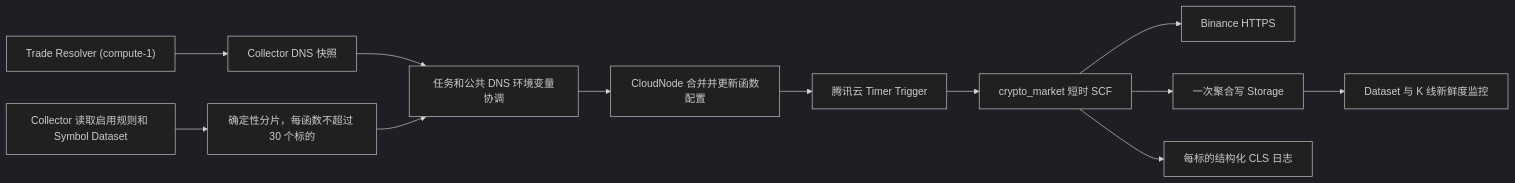
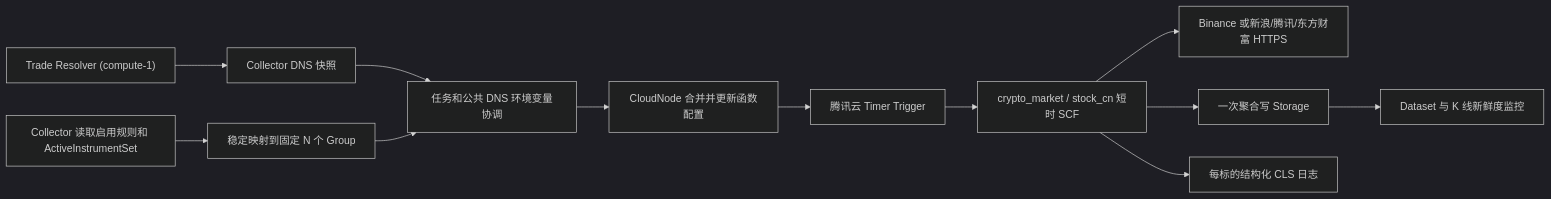
Before and after one commit to mooyang-code/moox: the diagram in docs/architecture/scf-short-lived-market-fetch.md, drawn with Mermaid (dark theme). The commit also changed other lines of this file and 175 other files, not shown here.

First line of the commit message:
feat(collector): add stock_cn multi-provider SCF pipeline

````diff
--- a/docs/architecture/scf-short-lived-market-fetch.md
+++ b/docs/architecture/scf-short-lived-market-fetch.md
@@ -17,14 +17,14 @@
 ```mermaid
 flowchart LR
-  Rule["Collector 读取启用规则和 Symbol Dataset"] --> Assign["确定性分片，每函数不超过 30 个标的"]
+  Rule["Collector 读取启用规则和 ActiveInstrumentSet"] --> Assign["稳定映射到固定 N 个 Group"]
   TradeDNS["Trade Resolver (compute-1)"] --> DNS["Collector DNS 快照"]
   DNS --> Reconcile["任务和公共 DNS 环境变量协调"]
   Assign --> Reconcile
   Reconcile --> CloudNode["CloudNode 合并并更新函数配置"]
   CloudNode --> Timer["腾讯云 Timer Trigger"]
-  Timer --> SCF["crypto_market 短时 SCF"]
-  SCF --> Binance["Binance HTTPS"]
+  Timer --> SCF["crypto_market / stock_cn 短时 SCF"]
+  SCF --> Binance["Binance 或新浪/腾讯/东方财富 HTTPS"]
   SCF --> Storage["一次聚合写 Storage"]
   Storage --> Monitor["Dataset 与 K 线新鲜度监控"]
   SCF --> CLS["每标的结构化 CLS 日志"]
 ```
````
